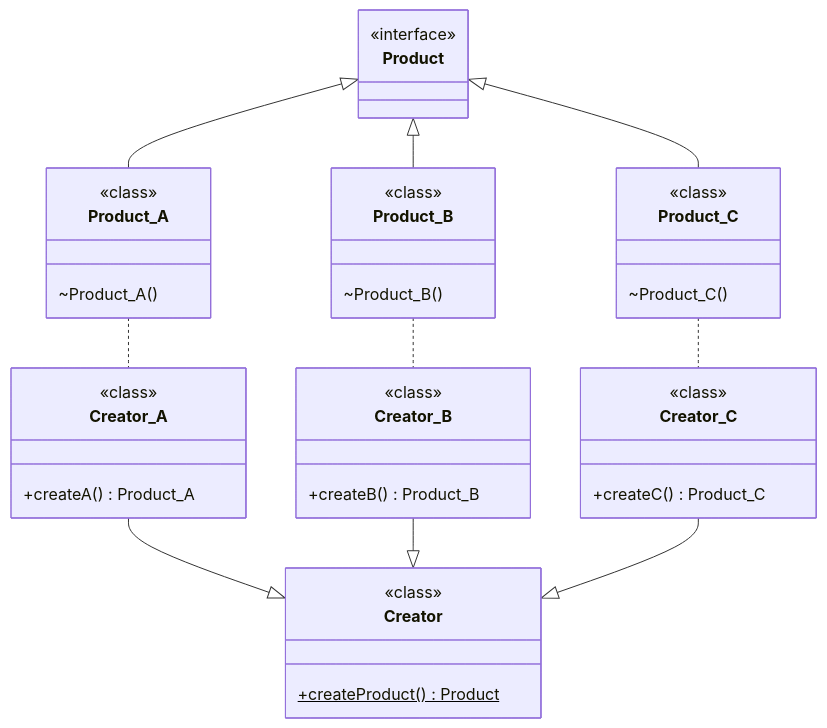
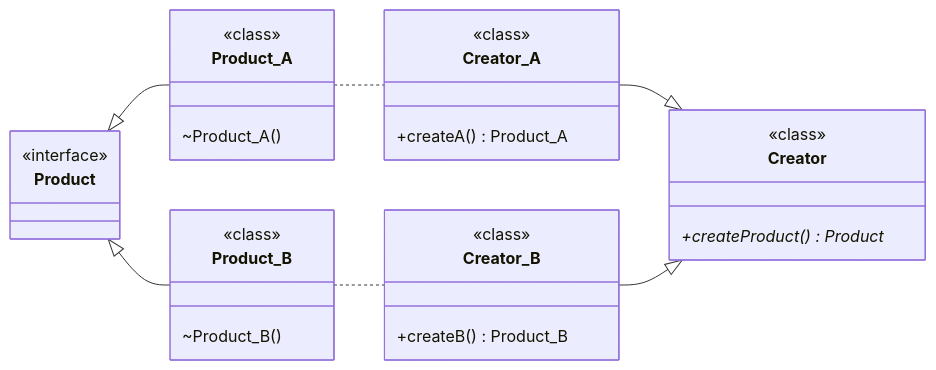
Before and after one commit to angelromarco04/MyNotes: the first of 2 diagrams in Programming/Patterns/data/Factory.md, drawn with Mermaid. The commit also changed other lines of this file, not shown here.

Commit message:
-03-2024_1420

````diff
--- a/Programming/Patterns/data/Factory.md
+++ b/Programming/Patterns/data/Factory.md
@@ -38,55 +41,42 @@
 ```mermaid
 classDiagram
-direction TB
+direction LR
 Product <|--  Product_A
 Product <|-- Product_B
-Product <|-- Product_C
 
 Product_A .. Creator_A
 Product_B .. Creator_B
-Product_C .. Creator_C
 
 Creator_A --|> Creator
 Creator_B --|> Creator
-Creator_C --|> Creator
 
 class Product {
 	<<interface>>
 }
 
 class Product_A {
 	<<class>>
 	~Product_A()
 }
 
 class Product_B {
 	<<class>>
 	~Product_B()
 }
 
-class Product_C {
-	<<class>>
-	~Product_C()
-}
-
 class Creator {
 	<<class>>
-	+createProduct() Product$
+	+createProduct() Product*
 }
 
 class Creator_A {
 	<<class>>
 	+createA() Product_A
 }
 
 class Creator_B {
 	<<class>>
 	+createB() Product_B
 }
 
-class Creator_C {
-	<<class>>
-	+createC() Product_C
-}
-
 ```
````
